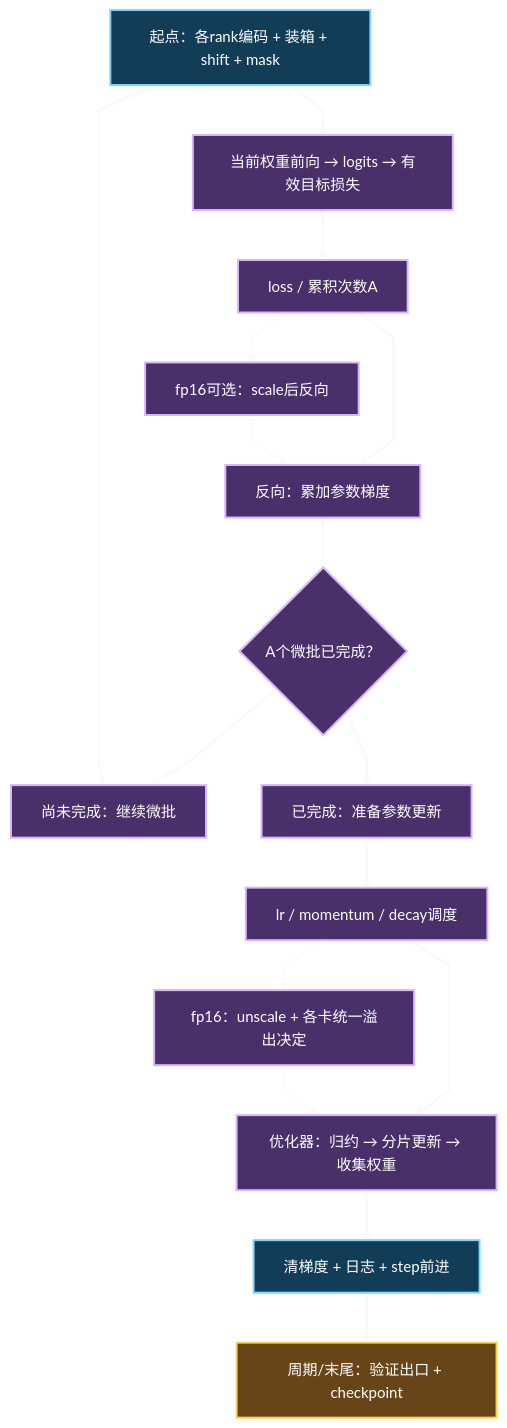
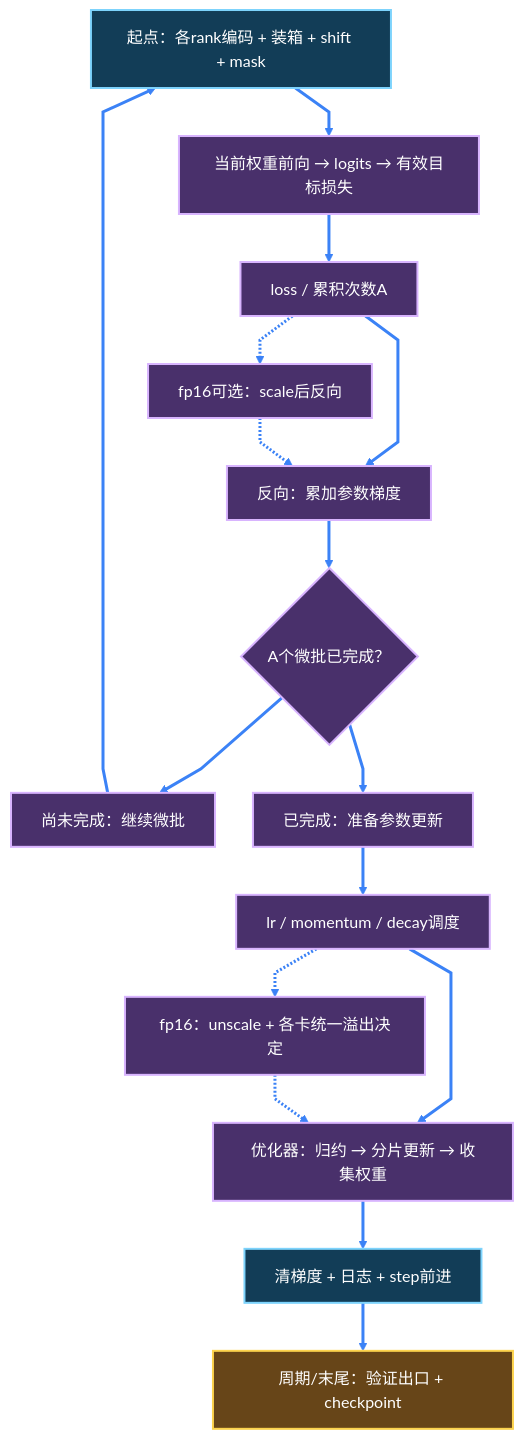
The diagram in .agents/docs/llm-training-workflow/08-backpropagation-and-parameter-updates.md (gitlizishuohub/nanochat), drawn with Mermaid before and after one commit. The commit also changed 5 other files, not shown here.

Commit message:
docs: improve connector visibility across all documentation diagrams

```diff
--- a/.agents/docs/llm-training-workflow/08-backpropagation-and-parameter-updates.md
+++ b/.agents/docs/llm-training-workflow/08-backpropagation-and-parameter-updates.md
@@ -110,26 +110,26 @@
 ~~~mermaid
-%%{init: {'theme':'base','themeVariables':{'lineColor':'#f8fafc','fontSize':'15px'},'flowchart':{'curve':'linear'}}}%%
+%%{init: {"theme":"base","themeVariables":{"lineColor":"#3b82f6","defaultLinkColor":"#3b82f6","primaryColor":"#123d57","primaryTextColor":"#ffffff","primaryBorderColor":"#7dd3fc","fontSize":"16px"},"themeCSS":".marker { fill: #3b82f6 !important; stroke: #3b82f6 !important; }","flowchart":{"curve":"linear","nodeSpacing":32,"rankSpacing":48,"wrappingWidth":240}}}%%
 flowchart TD
     A["起点：各rank编码 + 装箱 + shift + mask"] --> B["当前权重前向 → logits → 有效目标损失"]
     B --> C["loss / 累积次数A"]
     C --> D["反向：累加参数梯度"]
     C -.-> S["fp16可选：scale后反向"]
     S -.-> D
     D --> E{"A个微批已完成？"}
     E --> N["尚未完成：继续微批"]
     N --> A
     E --> Y["已完成：准备参数更新"]
     Y --> F["lr / momentum / decay调度"]
     F -.-> U["fp16：unscale + 各卡统一溢出决定"]
     F --> G["优化器：归约 → 分片更新 → 收集权重"]
     U -.-> G
     G --> H["清梯度 + 日志 + step前进"]
     H --> I["周期/末尾：验证出口 + checkpoint"]
     classDef data fill:#123d57,stroke:#7dd3fc,color:#ffffff,stroke-width:2px;
     classDef compute fill:#49306b,stroke:#d8b4fe,color:#ffffff,stroke-width:2px;
     classDef eval fill:#674518,stroke:#fcd34d,color:#ffffff,stroke-width:2px;
     class A,H data;
     class B,C,D,E,N,Y,F,G,S,U compute;
     class I eval;
-    linkStyle default stroke:#f8fafc,stroke-width:3px;
+    linkStyle default stroke:#3b82f6,stroke-width:3px;
 ~~~
```
